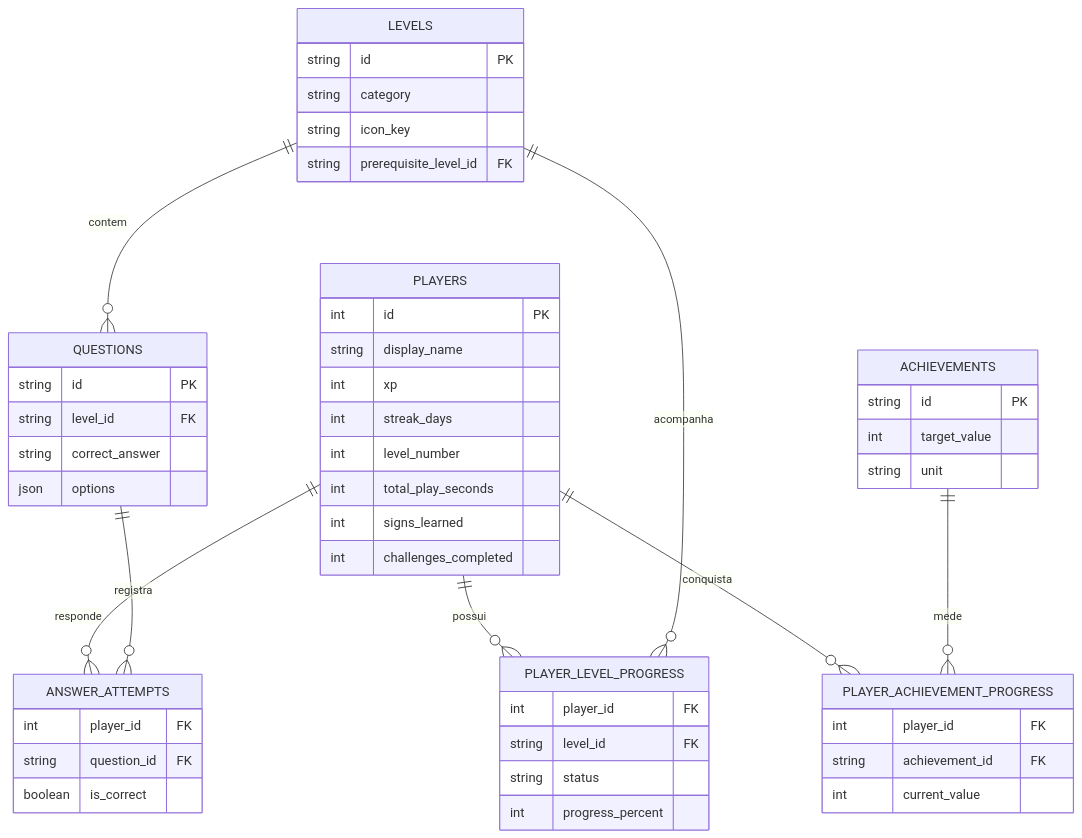
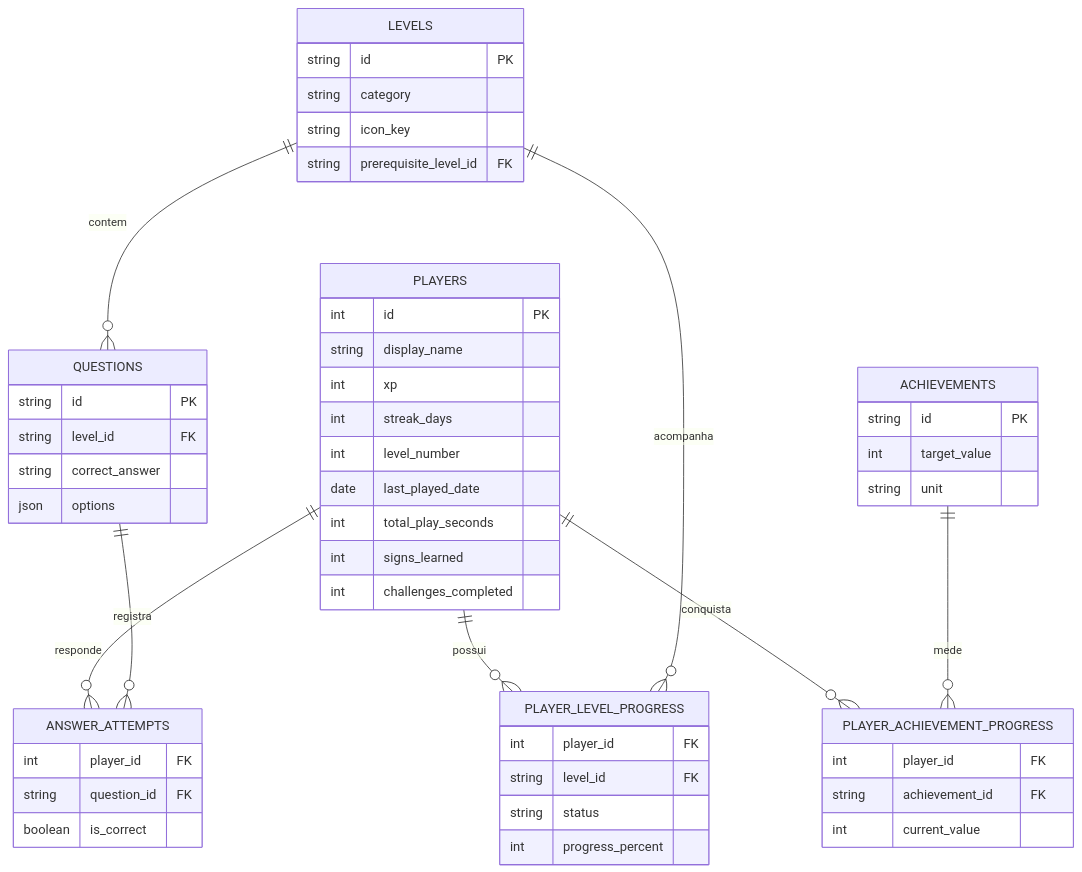
Before and after one commit to JVitorDkx/lbr-libras-app: the diagram in README.md, drawn with Mermaid. The commit also changed other lines of this file and 24 other files, not shown here.

````diff
--- a/README.md
+++ b/README.md
@@ -60,54 +65,55 @@
 ```mermaid
 erDiagram
     PLAYERS ||--o{ PLAYER_LEVEL_PROGRESS : possui
     PLAYERS ||--o{ ANSWER_ATTEMPTS : responde
     PLAYERS ||--o{ PLAYER_ACHIEVEMENT_PROGRESS : conquista
     LEVELS ||--o{ QUESTIONS : contem
     LEVELS ||--o{ PLAYER_LEVEL_PROGRESS : acompanha
     QUESTIONS ||--o{ ANSWER_ATTEMPTS : registra
     ACHIEVEMENTS ||--o{ PLAYER_ACHIEVEMENT_PROGRESS : mede
 
     PLAYERS {
         int id PK
         string display_name
         int xp
         int streak_days
         int level_number
+        date last_played_date
         int total_play_seconds
         int signs_learned
         int challenges_completed
     }
     LEVELS {
         string id PK
         string category
         string icon_key
         string prerequisite_level_id FK
     }
     QUESTIONS {
         string id PK
         string level_id FK
         string correct_answer
         json options
     }
     PLAYER_LEVEL_PROGRESS {
         int player_id FK
         string level_id FK
         string status
         int progress_percent
     }
     ANSWER_ATTEMPTS {
         int player_id FK
         string question_id FK
         boolean is_correct
     }
     ACHIEVEMENTS {
         string id PK
         int target_value
         string unit
     }
     PLAYER_ACHIEVEMENT_PROGRESS {
         int player_id FK
         string achievement_id FK
         int current_value
     }
 ```
````
